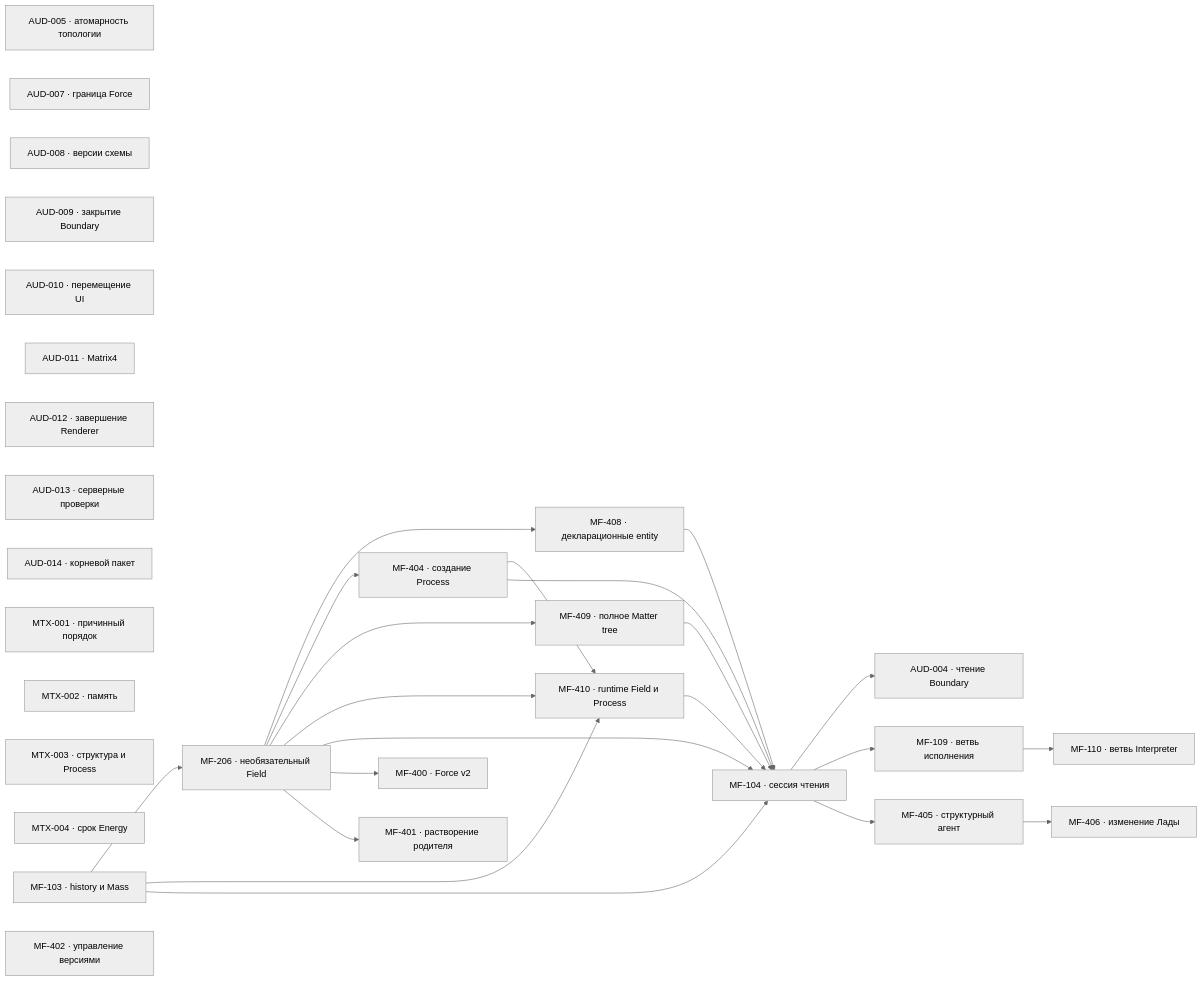
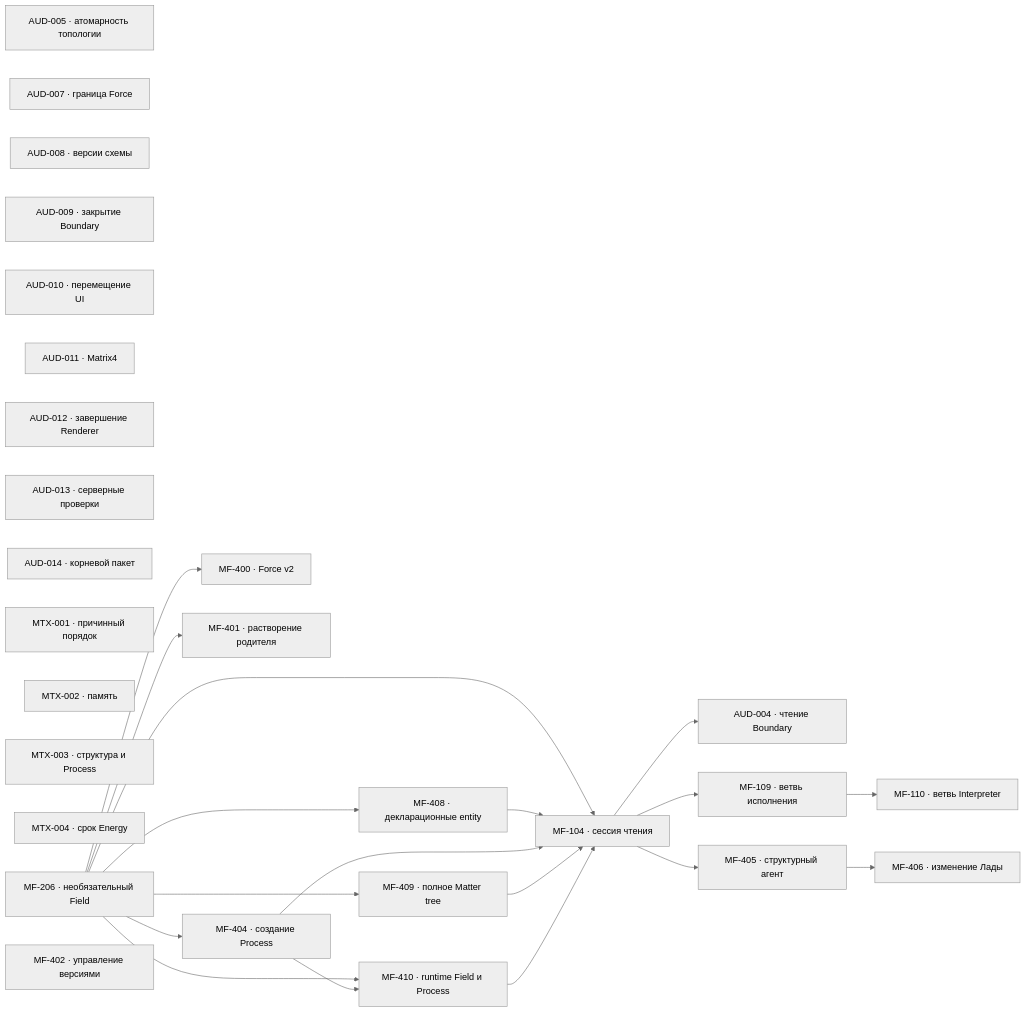
One commit to zavx0z/metafor changed the diagram in project/TODO.md. Above: the diagram before and after it, drawn with Mermaid (neutral theme). The commit also changed other lines of this file and 1 other file, not shown here.

Commit message:
docs(project): close history and mass rpc task

````diff
--- a/project/TODO.md
+++ b/project/TODO.md
@@ -13,52 +13,48 @@
 ```mermaid
 flowchart LR
     AUD004["AUD-004 · чтение Boundary"]
     AUD005["AUD-005 · атомарность топологии"]
     AUD007["AUD-007 · граница Force"]
     AUD008["AUD-008 · версии схемы"]
     AUD009["AUD-009 · закрытие Boundary"]
     AUD010["AUD-010 · перемещение UI"]
     AUD011["AUD-011 · Matrix4"]
     AUD012["AUD-012 · завершение Renderer"]
     AUD013["AUD-013 · серверные проверки"]
     AUD014["AUD-014 · корневой пакет"]
     MTX001["MTX-001 · причинный порядок"]
     MTX002["MTX-002 · память"]
     MTX003["MTX-003 · структура и Process"]
     MTX004["MTX-004 · срок Energy"]
-    MF103["MF-103 · history и Mass"]
     MF104["MF-104 · сессия чтения"]
     MF109["MF-109 · ветвь исполнения"]
     MF110["MF-110 · ветвь Interpreter"]
     MF206["MF-206 · необязательный Field"]
     MF400["MF-400 · Force v2"]
     MF401["MF-401 · растворение родителя"]
     MF402["MF-402 · управление версиями"]
     MF404["MF-404 · создание Process"]
     MF405["MF-405 · структурный агент"]
     MF406["MF-406 · изменение Лады"]
     MF408["MF-408 · декларационные entity"]
     MF409["MF-409 · полное Matter tree"]
     MF410["MF-410 · runtime Field и Process"]
 
-    MF103 --> MF206
     MF206 --> MF408
     MF206 --> MF404
     MF206 --> MF409
-    MF103 --> MF410
     MF206 --> MF410
     MF404 --> MF410
-    MF103 --> MF104
     MF206 --> MF104
     MF408 --> MF104
     MF404 --> MF104
     MF409 --> MF104
     MF410 --> MF104
     MF104 --> AUD004
     MF104 --> MF109
     MF109 --> MF110
     MF206 --> MF400
     MF206 --> MF401
     MF104 --> MF405
     MF405 --> MF406
 ```
````
